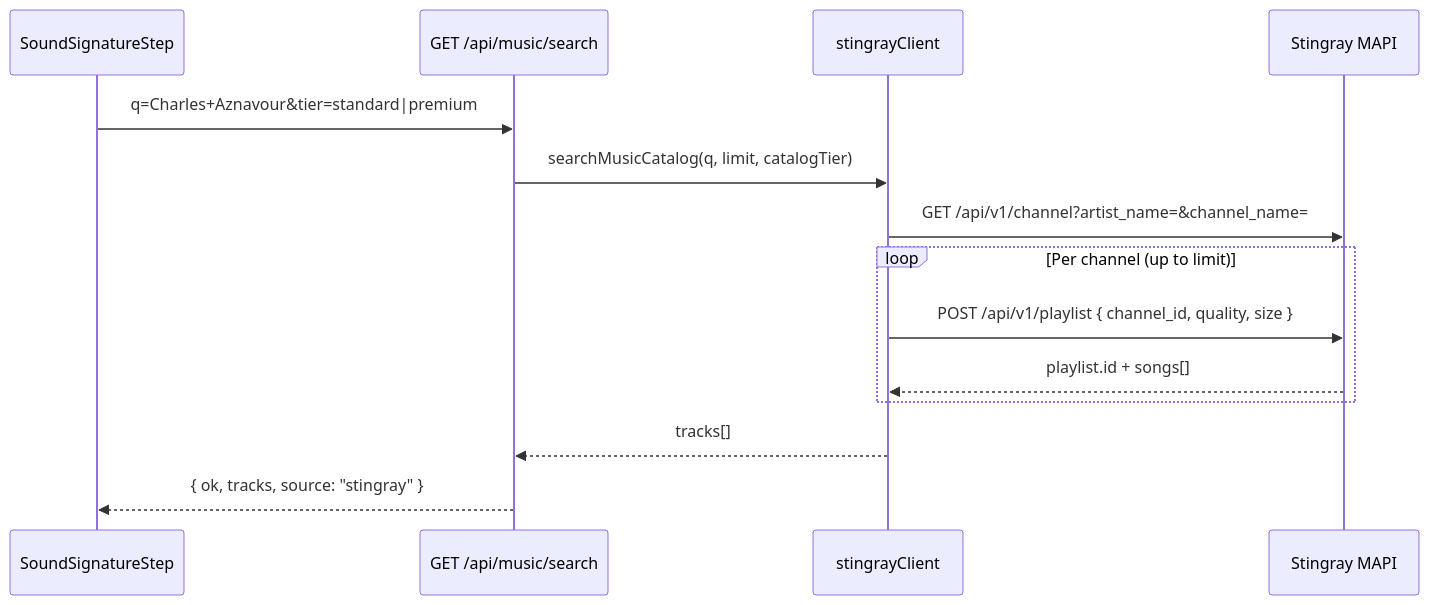
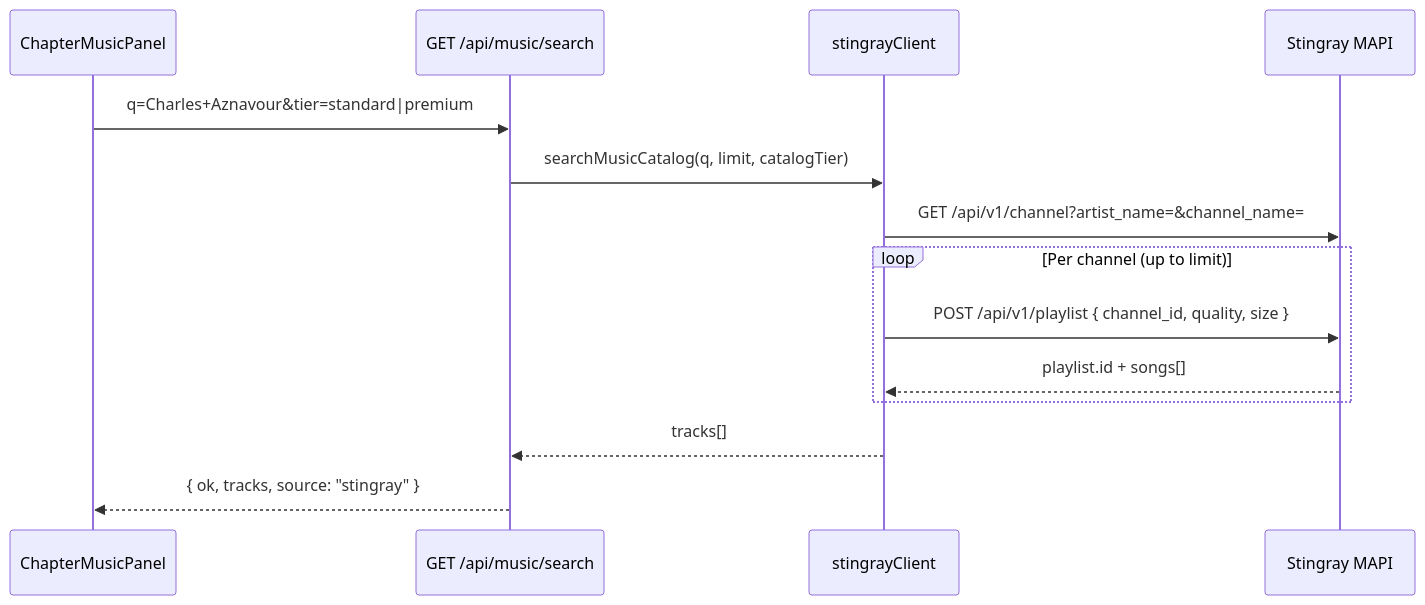
Before and after one commit to Lyra-OD/odyssey-web: the diagram in docs/STINGRAY_MUSIC_INTEGRATION.md, drawn with Mermaid. The commit also changed other lines of this file and 35 other files, not shown here.

````diff
--- a/docs/STINGRAY_MUSIC_INTEGRATION.md
+++ b/docs/STINGRAY_MUSIC_INTEGRATION.md
@@ -59,17 +59,17 @@
 ```mermaid
 sequenceDiagram
-  participant UI as SoundSignatureStep
+  participant UI as ChapterMusicPanel
   participant Search as GET /api/music/search
   participant Client as stingrayClient
   participant MAPI as Stingray MAPI
 
   UI->>Search: q=Charles+Aznavour&tier=standard|premium
   Search->>Client: searchMusicCatalog(q, limit, catalogTier)
   Client->>MAPI: GET /api/v1/channel?artist_name=&channel_name=
   loop Per channel (up to limit)
     Client->>MAPI: POST /api/v1/playlist { channel_id, quality, size }
     MAPI-->>Client: playlist.id + songs[]
   end
   Client-->>Search: tracks[]
   Search-->>UI: { ok, tracks, source: "stingray" }
 ```
````
